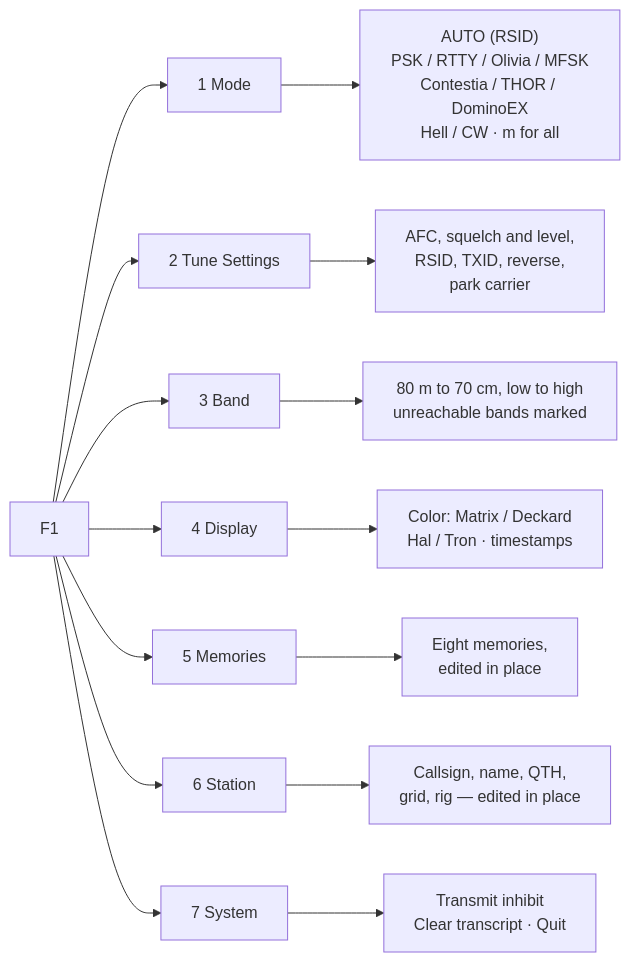
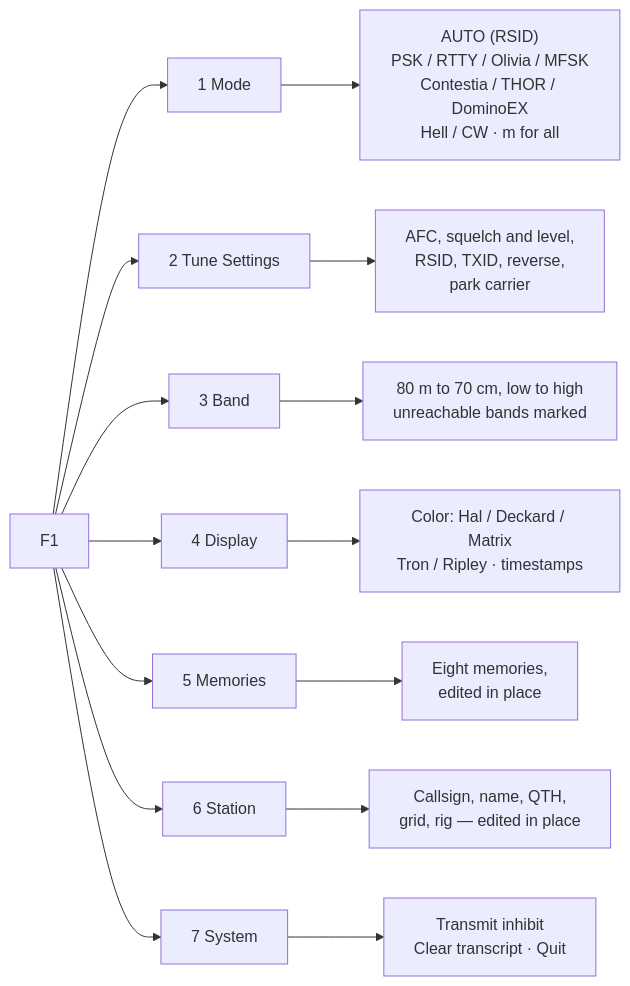
Before and after one commit to hatandspecs/ham-radio-cyberdeck: the diagram in docs/digimodes_design.md, drawn with Mermaid. The commit also changed other lines of this file and 40 other files, not shown here.

````diff
--- a/docs/digimodes_design.md
+++ b/docs/digimodes_design.md
@@ -506,17 +506,17 @@
 ```mermaid
 flowchart LR
   F1["F1"] --> M1["1 Mode"]
   F1 --> M2["2 Tune Settings"]
   F1 --> M3["3 Band"]
   F1 --> M4["4 Display"]
   F1 --> M5["5 Memories"]
   F1 --> M6["6 Station"]
   F1 --> M7["7 System"]
   M1 --> M1a["AUTO (RSID)<br/>PSK / RTTY / Olivia / MFSK<br/>Contestia / THOR / DominoEX<br/>Hell / CW · m for all"]
   M2 --> M2a["AFC, squelch and level,<br/>RSID, TXID, reverse,<br/>park carrier"]
   M3 --> M3a["80 m to 70 cm, low to high<br/>unreachable bands marked"]
-  M4 --> M4a["Color: Matrix / Deckard<br/>Hal / Tron · timestamps"]
+  M4 --> M4a["Color: Hal / Deckard / Matrix<br/>Tron / Ripley · timestamps"]
   M5 --> M5a["Eight memories,<br/>edited in place"]
   M6 --> M6a["Callsign, name, QTH,<br/>grid, rig — edited in place"]
   M7 --> M7a["Transmit inhibit<br/>Clear transcript · Quit"]
 ```
````
